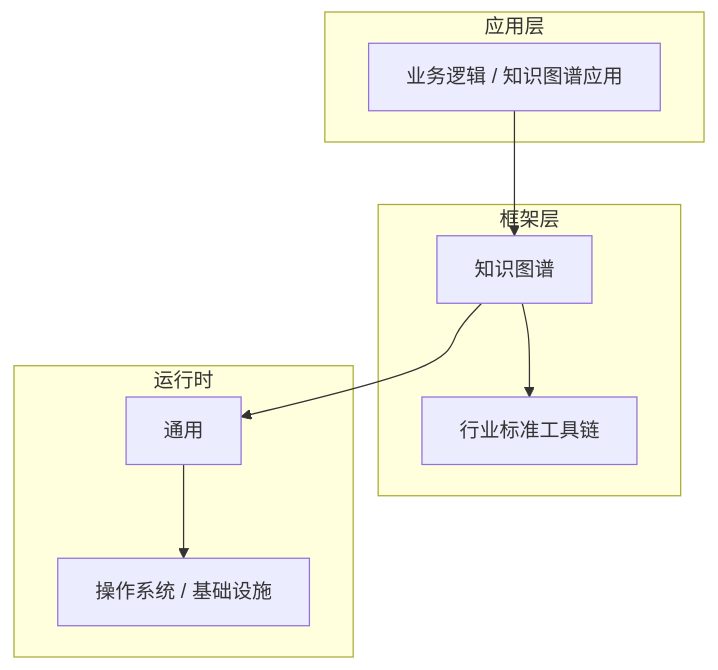
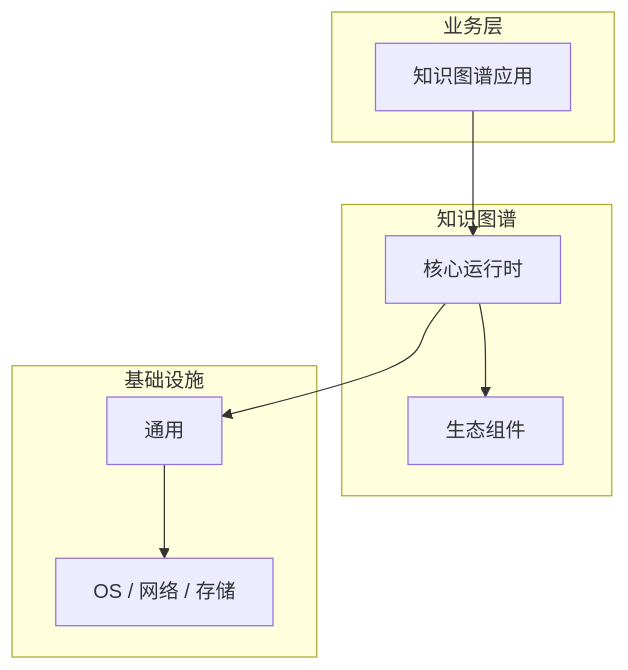
Before and after one commit to yanggan2015/knowledge-json-v2: the diagram in articles/知识图谱/chapters/051-知识图谱应用核心概念与原理.md, drawn with Mermaid. The commit also changed other lines of this file and 10127 other files, not shown here.

````diff
--- a/articles/知识图谱/chapters/051-知识图谱应用核心概念与原理.md
+++ b/articles/知识图谱/chapters/051-知识图谱应用核心概念与原理.md
@@ -45,18 +30,18 @@
 ```mermaid
 graph TB
-    subgraph 应用层
-        A[业务逻辑 / 知识图谱应用]
+    subgraph 业务层
+        A[知识图谱应用]
     end
-    subgraph 框架层
-        B[知识图谱]
-        C[行业标准工具链]
+    subgraph 知识图谱
+        B[核心运行时]
+        C[生态组件]
     end
-    subgraph 运行时
+    subgraph 基础设施
         D[通用]
-        E[操作系统 / 基础设施]
+        E[OS / 网络 / 存储]
     end
     A --> B
     B --> C
     B --> D
     D --> E
 ```
````
